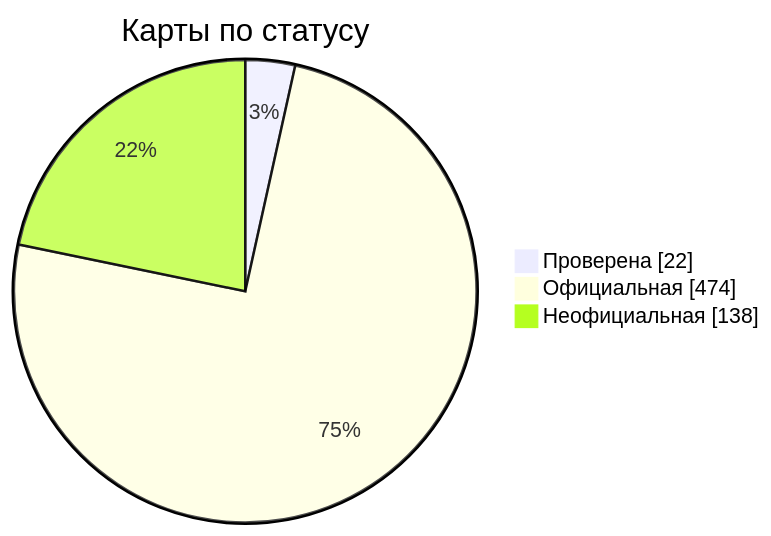
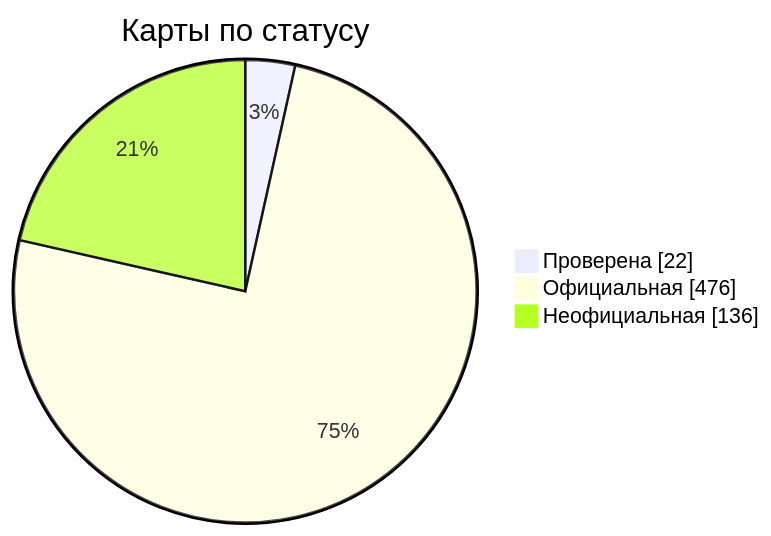
The diagram in docs/readme/README_RU.md (nobrega8/mbmap-library), drawn with Mermaid before and after one commit. The commit also changed 7 other files, not shown here.

````diff
--- a/docs/readme/README_RU.md
+++ b/docs/readme/README_RU.md
@@ -54,7 +54,7 @@
 ```mermaid
 pie showData
     title Карты по статусу
     "Проверена" : 22
-    "Официальная" : 474
-    "Неофициальная" : 138
+    "Официальная" : 476
+    "Неофициальная" : 136
 ```
````
